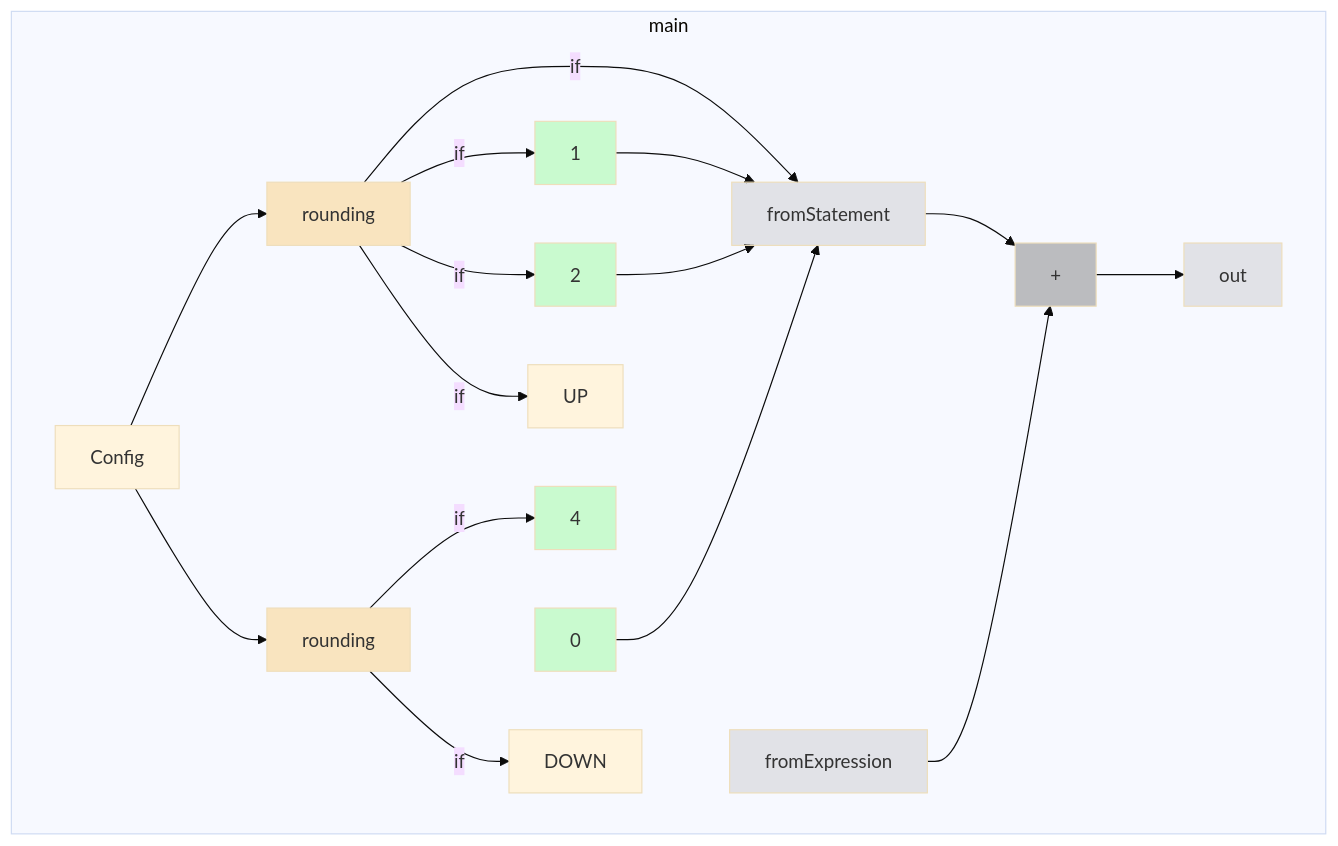
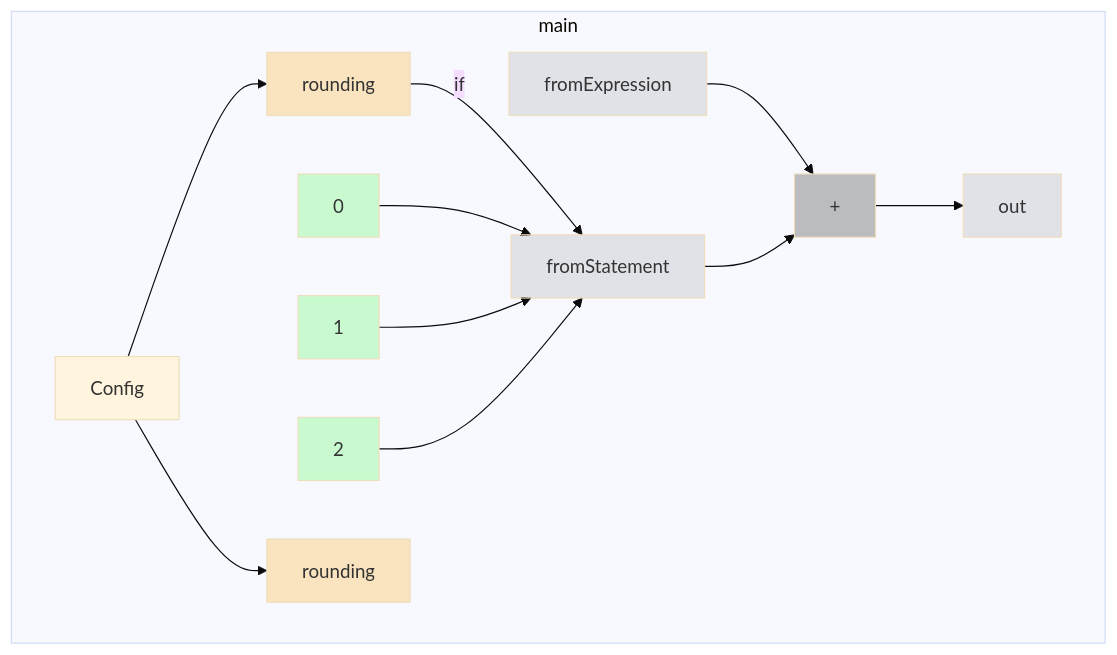
Before and after one commit to gstiebler/codeflow: the diagram in app/src/test/resources/externalEnumSwitch/spike-truth.md, drawn with Mermaid (base theme). The commit also changed 21 other files, not shown here.

````diff
--- a/app/src/test/resources/externalEnumSwitch/spike-truth.md
+++ b/app/src/test/resources/externalEnumSwitch/spike-truth.md
@@ -3,39 +3,31 @@
 ```mermaid
 flowchart TD
   subgraph m0["main"]
     n0["+"]:::BIN_OP
     n1["rounding"]:::EXTERNAL
     n2["rounding"]:::EXTERNAL
     n3["0"]:::LITERAL
     n4["1"]:::LITERAL
     n5["2"]:::LITERAL
-    n6["4"]:::LITERAL
-    n7["Config"]:::OBJ_VARIABLE
-    n8["DOWN"]:::OBJ_VARIABLE
-    n9["UP"]:::OBJ_VARIABLE
-    n10["fromExpression"]:::VARIABLE
-    n11["fromStatement"]:::VARIABLE
-    n12["out"]:::VARIABLE
+    n6["Config"]:::OBJ_VARIABLE
+    n7["fromExpression"]:::VARIABLE
+    n8["fromStatement"]:::VARIABLE
+    n9["out"]:::VARIABLE
   end
-  n0 --> n12
-  n1 -->|if| n11
-  n1 -->|if| n4
-  n1 -->|if| n5
-  n1 -->|if| n9
-  n10 --> n0
-  n11 --> n0
-  n2 -->|if| n6
-  n2 -->|if| n8
-  n3 --> n11
-  n4 --> n11
-  n5 --> n11
-  n7 --> n1
-  n7 --> n2
+  n0 --> n9
+  n1 -->|if| n8
+  n3 --> n8
+  n4 --> n8
+  n5 --> n8
+  n6 --> n1
+  n6 --> n2
+  n7 --> n0
+  n8 --> n0
   classDef LITERAL fill:#00FF0030
   classDef VARIABLE fill:#80808030
   classDef BIN_OP fill:#80808080
   classDef FUNC_PARAM fill:#8080FF30
   classDef RETURN fill:#FF808080
   classDef EXTERNAL fill:#FFA50040
   classDef UNMODELLED fill:#FF000030,stroke-dasharray: 4 2
 ```
````
